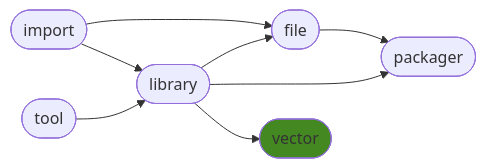
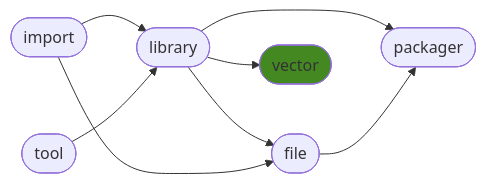
Before and after one commit to ManderaGeneral/generalvector: the diagram in README.md, drawn with Mermaid. The commit also changed other lines of this file, not shown here.

````diff
--- a/README.md
+++ b/README.md
@@ -24,17 +24,17 @@
 ```mermaid
 flowchart LR
-0([import]) --> 3([file])
 2([library]) --> 3([file])
 2([library]) --> 5([packager])
 0([import]) --> 2([library])
 1([tool]) --> 2([library])
+0([import]) --> 3([file])
 3([file]) --> 5([packager])
 2([library]) --> 4([vector])
 click 0 "https://github.com/ManderaGeneral/generalimport"
 click 1 "https://github.com/ManderaGeneral/generaltool"
 click 2 "https://github.com/ManderaGeneral/generallibrary"
 click 3 "https://github.com/ManderaGeneral/generalfile"
 click 4 "https://github.com/ManderaGeneral/generalvector"
 click 5 "https://github.com/ManderaGeneral/generalpackager"
 style 4 fill:#482
 ```
````
